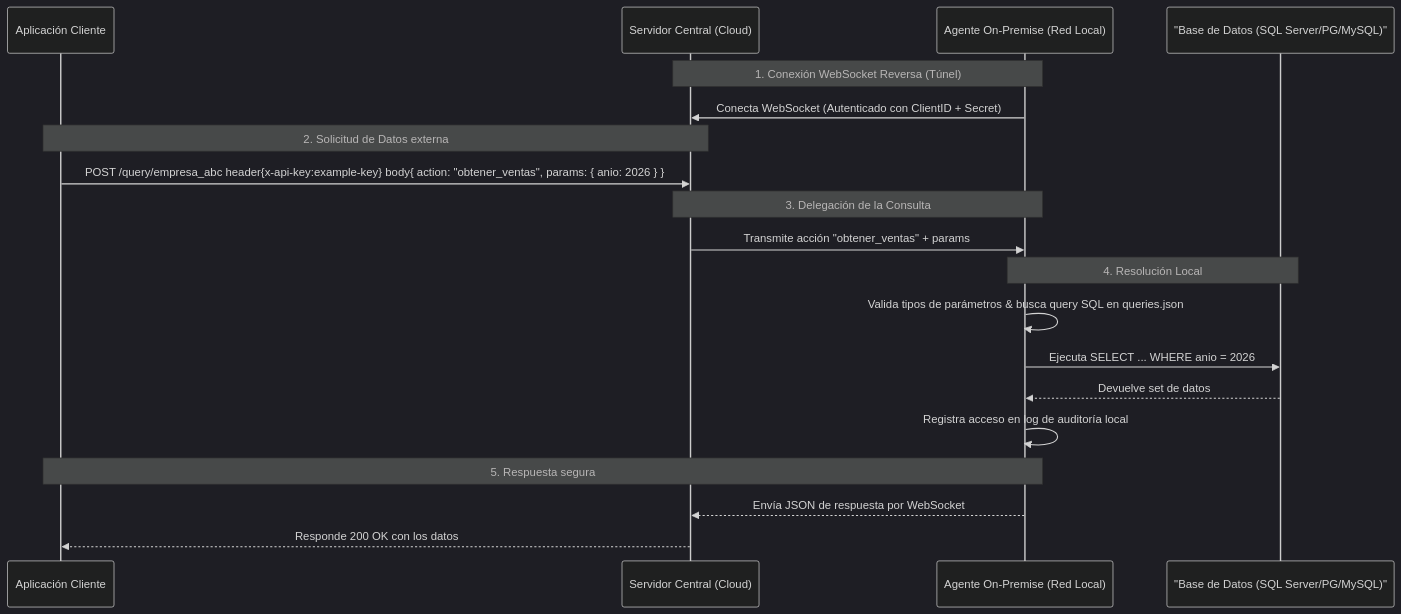
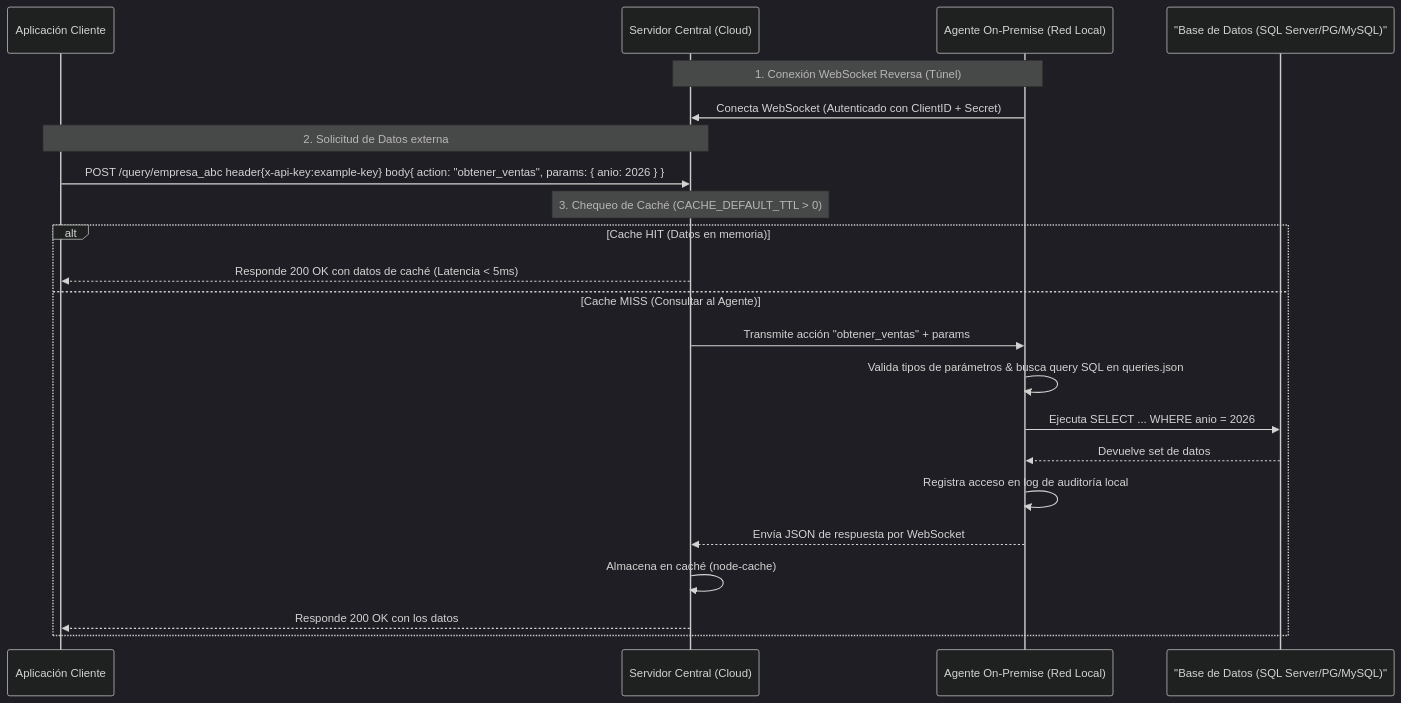
Before and after one commit to PoetArtist1/agentstructure: the diagram in README.md, drawn with Mermaid (dark theme). The commit also changed other lines of this file and 1 other file, not shown here.

Commit message:
docs: add memory cache documentation and configuration example

````diff
--- a/README.md
+++ b/README.md
@@ -45,26 +45,27 @@
 ```mermaid
 sequenceDiagram
     participant App as Aplicación Cliente
     participant Server as Servidor Central (Cloud)
     participant Agent as Agente On-Premise (Red Local)
     participant DB as "Base de Datos (SQL Server/PG/MySQL)"
 
     Note over Agent, Server: 1. Conexión WebSocket Reversa (Túnel)
     Agent->>Server: Conecta WebSocket (Autenticado con ClientID + Secret)
     
     Note over App, Server: 2. Solicitud de Datos externa
     App->>Server: POST /query/empresa_abc header{x-api-key:example-key} body{ action: "obtener_ventas", params: { anio: 2026 } } 
     
-    Note over Server, Agent: 3. Delegación de la Consulta
-    Server->>Agent: Transmite acción "obtener_ventas" + params
-    
-    Note over Agent, DB: 4. Resolución Local
-    Agent->>Agent: Valida tipos de parámetros & busca query SQL en queries.json
-    Agent->>DB: Ejecuta SELECT ... WHERE anio = 2026
-    DB-->>Agent: Devuelve set de datos
-    Agent->>Agent: Registra acceso en log de auditoría local
-    
-    Note over Agent, App: 5. Respuesta segura
-    Agent-->>Server: Envía JSON de respuesta por WebSocket
-    Server-->>App: Responde 200 OK con los datos
+    Note over Server: 3. Chequeo de Caché (CACHE_DEFAULT_TTL > 0)
+    alt Cache HIT (Datos en memoria)
+        Server-->>App: Responde 200 OK con datos de caché (Latencia < 5ms)
+    else Cache MISS (Consultar al Agente)
+        Server->>Agent: Transmite acción "obtener_ventas" + params
+        Agent->>Agent: Valida tipos de parámetros & busca query SQL en queries.json
+        Agent->>DB: Ejecuta SELECT ... WHERE anio = 2026
+        DB-->>Agent: Devuelve set de datos
+        Agent->>Agent: Registra acceso en log de auditoría local
+        Agent-->>Server: Envía JSON de respuesta por WebSocket
+        Server->>Server: Almacena en caché (node-cache)
+        Server-->>App: Responde 200 OK con los datos
+    end
 ```
````
